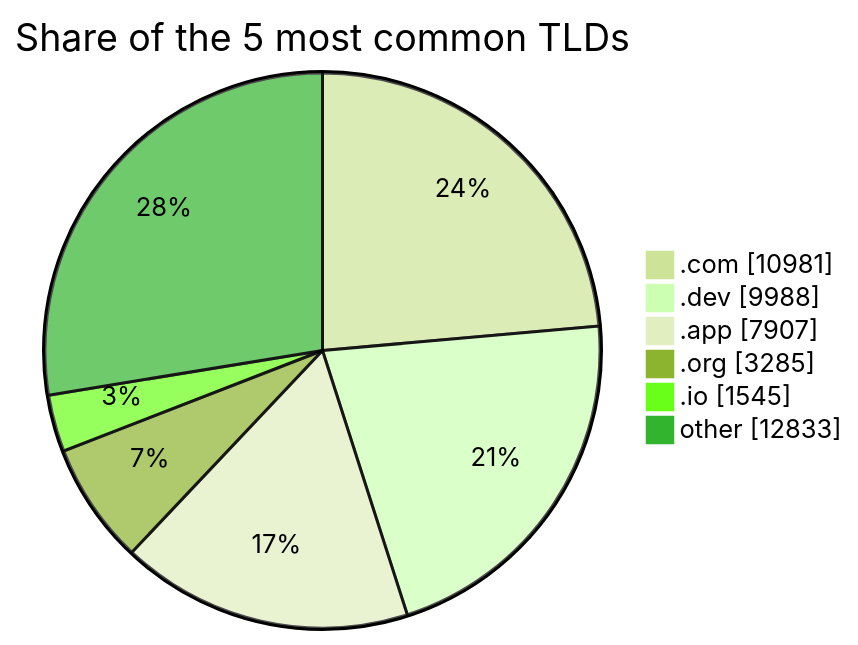
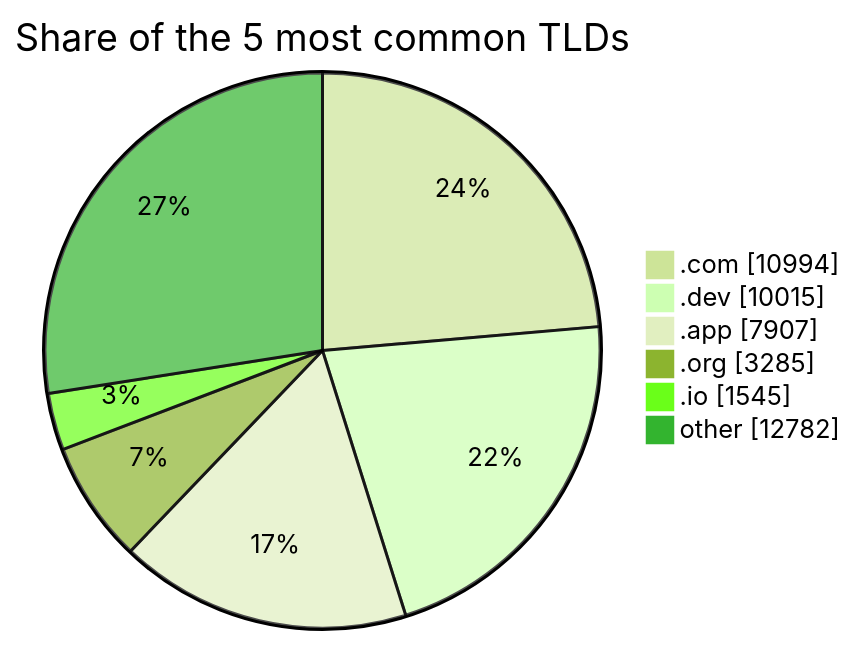
The third of 3 diagrams in README.md (DNSBunker/CTI), drawn with Mermaid (forest theme) before and after one commit. The commit also changed other lines of this file and 3 other files, not shown here.

````diff
--- a/README.md
+++ b/README.md
@@ -81,9 +81,9 @@
 ```mermaid
 pie showData title Share of the 5 most common TLDs
-    ".com" : 10981
-    ".dev" : 9988
+    ".com" : 10994
+    ".dev" : 10015
     ".app" : 7907
     ".org" : 3285
     ".io" : 1545
-    "other" : 12833
+    "other" : 12782
 ```
````
